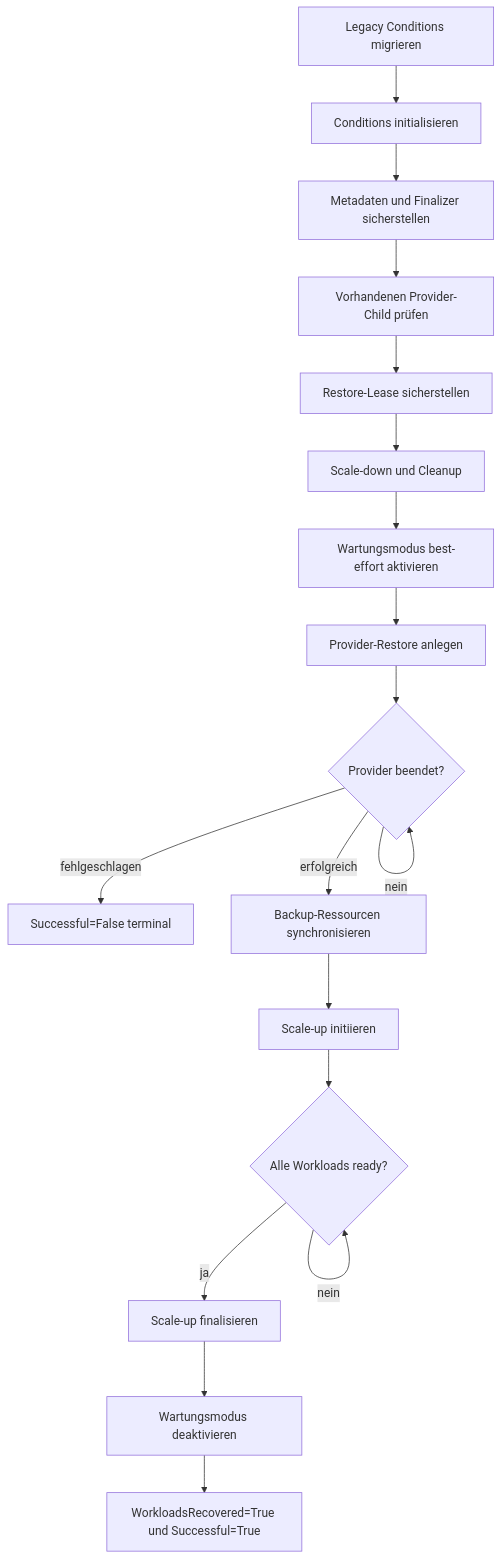
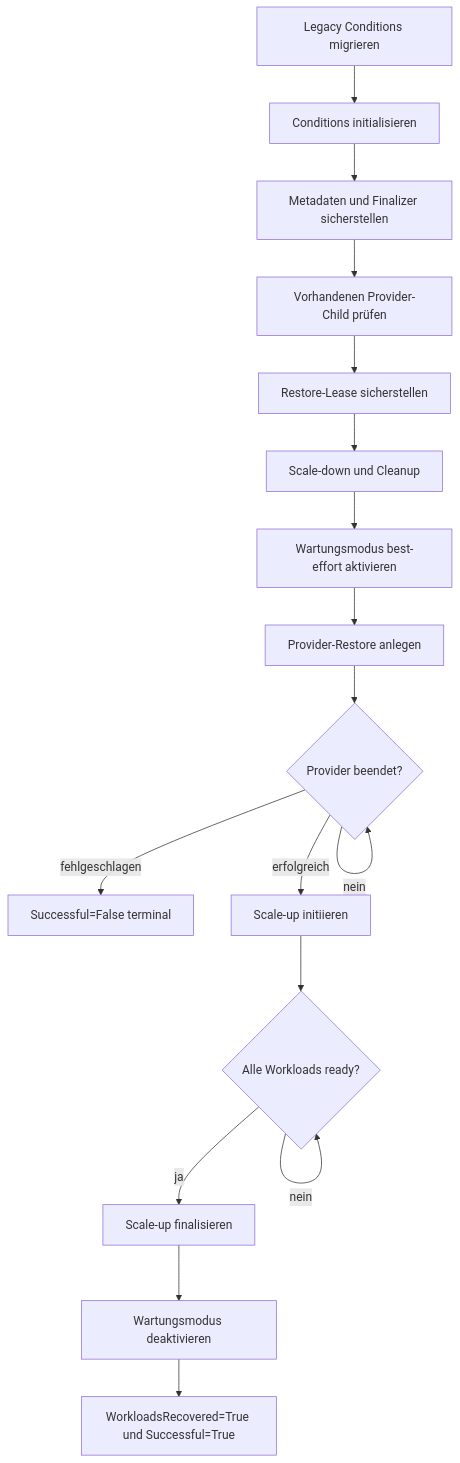
Before and after one commit to cloudogu/k8s-backup-operator: the second of 3 diagrams in docs/development/restore/restore_process_de.MD, drawn with Mermaid. The commit also changed other lines of this file and 11 other files, not shown here.

````diff
--- a/docs/development/restore/restore_process_de.MD
+++ b/docs/development/restore/restore_process_de.MD
@@ -41,20 +41,19 @@
 ```mermaid
 flowchart TD
     A[Legacy Conditions migrieren] --> B[Conditions initialisieren]
     B --> C[Metadaten und Finalizer sicherstellen]
     C --> D[Vorhandenen Provider-Child prüfen]
     D --> E[Restore-Lease sicherstellen]
     E --> F[Scale-down und Cleanup]
     F --> FM[Wartungsmodus best-effort aktivieren]
     FM --> G[Provider-Restore anlegen]
     G --> H{Provider beendet?}
     H -- nein --> H
     H -- fehlgeschlagen --> X[Successful=False terminal]
-    H -- erfolgreich --> I[Backup-Ressourcen synchronisieren]
-    I --> J[Scale-up initiieren]
+    H -- erfolgreich --> J[Scale-up initiieren]
     J --> K{Alle Workloads ready?}
     K -- nein --> K
     K -- ja --> L[Scale-up finalisieren]
     L --> M[Wartungsmodus deaktivieren]
     M --> N[WorkloadsRecovered=True und Successful=True]
 ```
````
